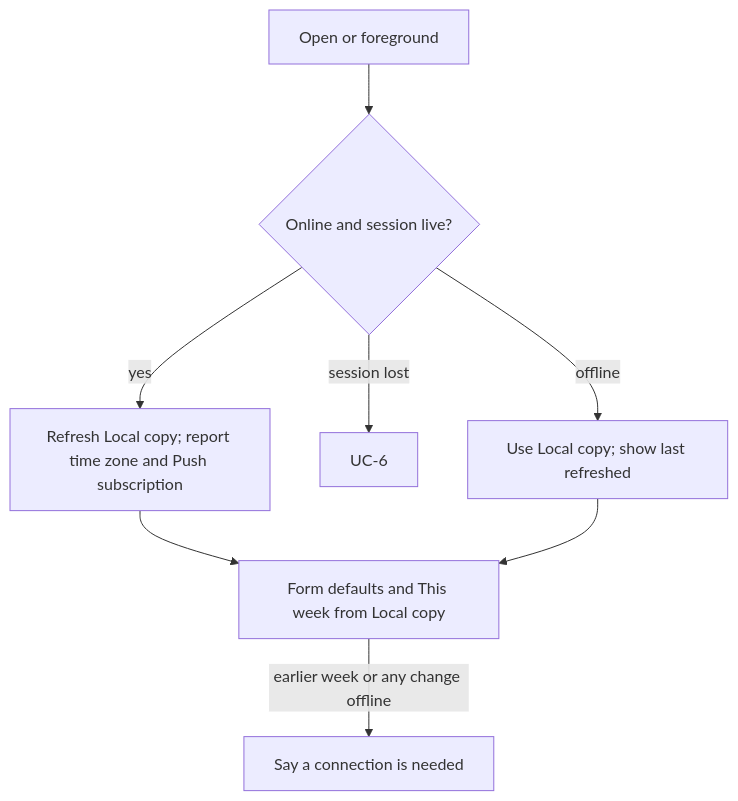
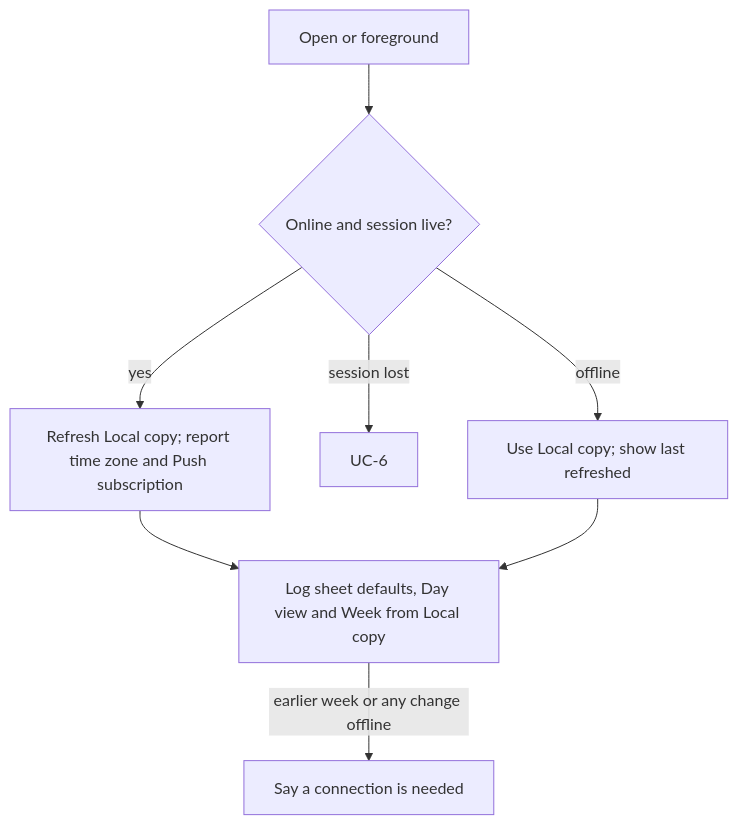
The second of 6 diagrams in docs/design/2026-11-06-mvp/02-requirements.md (bachtly/daily-kaizen), drawn with Mermaid before and after one commit. The commit also changed other lines of this file and 5 other files, not shown here.

First line of the commit message:
docs: Day view for logging, reviewing and backfilling (D5)

````diff
--- a/docs/design/2026-11-06-mvp/02-requirements.md
+++ b/docs/design/2026-11-06-mvp/02-requirements.md
@@ -128,10 +129,10 @@
 ```mermaid
 flowchart TD
   S[Open or foreground] --> ON{Online and session live?}
   ON -- offline --> OFF["Use Local copy; show last refreshed"]
   ON -- session lost --> SI[UC-6]
   ON -- yes --> R["Refresh Local copy; report time zone and Push subscription"]
-  R --> USE[Form defaults and This week from Local copy]
+  R --> USE[Log sheet defaults, Day view and Week from Local copy]
   OFF --> USE
   USE -- earlier week or any change offline --> NC[Say a connection is needed]
 ```
````
